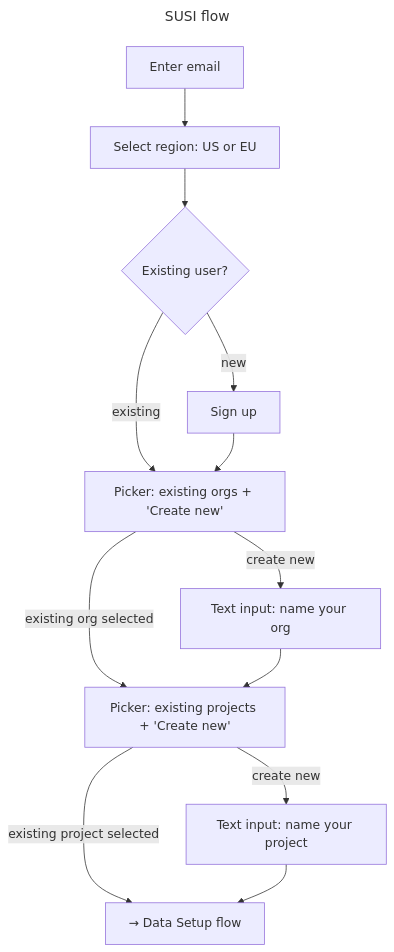
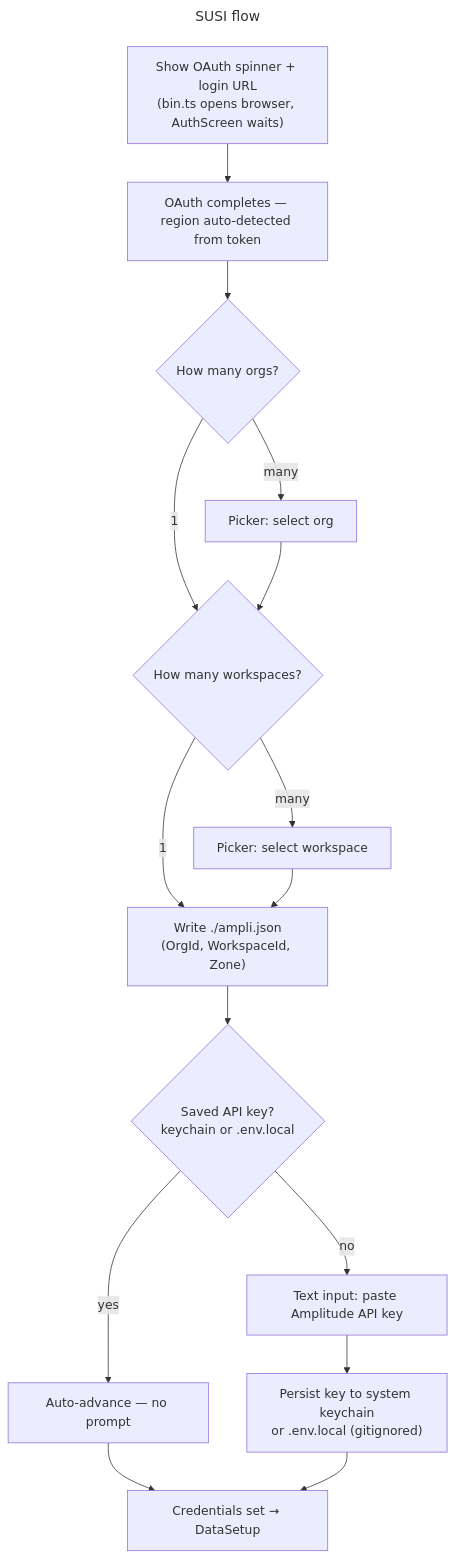
The fourth of 8 diagrams in docs/flows.md (amplitude/wizard), drawn with Mermaid before and after one commit. The commit also changed other lines of this file and 8 other files, not shown here.

First line of the commit message:
Persist API key to keychain/.env.local, add --verbose mode, sync flows and BDD

````diff
--- a/docs/flows.md
+++ b/docs/flows.md
@@ -137,17 +136,26 @@
 ```mermaid
 ---
 title: SUSI flow
 ---
 flowchart TD
-    EMAIL["Enter email"] --> REGION["Select region: US or EU"]
-    REGION --> USER_TYPE{Existing user?}
-    USER_TYPE -->|existing| ORG_PICKER["Picker: existing orgs + 'Create new'"]
-    USER_TYPE -->|new| SIGNUP["Sign up"] --> ORG_PICKER
+    OAUTH_WAIT["Show OAuth spinner + login URL<br/>(bin.ts opens browser, AuthScreen waits)"]
+    OAUTH_WAIT --> OAUTH_DONE["OAuth completes — region auto-detected from token"]
 
-    ORG_PICKER -->|existing org selected| PROJ_PICKER
-    ORG_PICKER -->|create new| ORG_NAME["Text input: name your org"] --> PROJ_PICKER
+    OAUTH_DONE --> ORG_COUNT{How many orgs?}
+    ORG_COUNT -->|1| WORKSPACE_COUNT
+    ORG_COUNT -->|many| ORG_PICKER["Picker: select org"] --> WORKSPACE_COUNT
 
-    PROJ_PICKER["Picker: existing projects + 'Create new'"]
-    PROJ_PICKER -->|existing project selected| DONE["→ Data Setup flow"]
-    PROJ_PICKER -->|create new| PROJ_NAME["Text input: name your project"] --> DONE
+    WORKSPACE_COUNT{How many workspaces?}
+    WORKSPACE_COUNT -->|1| WRITE_AMPLI
+    WORKSPACE_COUNT -->|many| WS_PICKER["Picker: select workspace"] --> WRITE_AMPLI
+
+    WRITE_AMPLI["Write ./ampli.json<br/>(OrgId, WorkspaceId, Zone)"]
+
+    WRITE_AMPLI --> KEY_CHECK{Saved API key?<br/>keychain or .env.local}
+    KEY_CHECK -->|yes| AUTO_KEY["Auto-advance — no prompt"]
+    KEY_CHECK -->|no| KEY_INPUT["Text input: paste Amplitude API key"]
+    KEY_INPUT --> PERSIST["Persist key to system keychain<br/>or .env.local (gitignored)"]
+
+    AUTO_KEY --> DONE["Credentials set → DataSetup"]
+    PERSIST --> DONE
 ```
````
